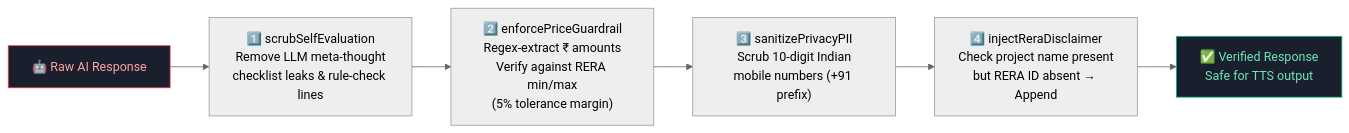
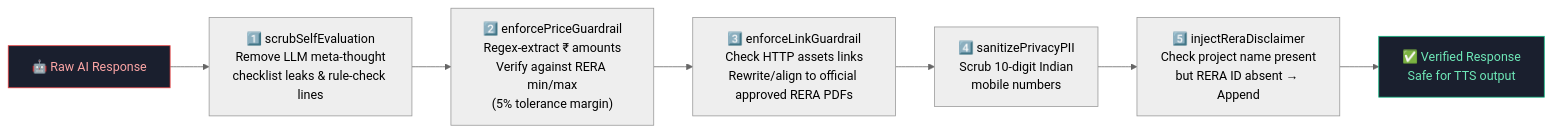
The eighth of 12 diagrams in README.md (iammohith/Voice-First-Aura-Real-Estate-Agent-V-FAREA), drawn with Mermaid (neutral theme) before and after one commit. The commit also changed other lines of this file, not shown here.

````diff
--- a/README.md
+++ b/README.md
@@ -466,11 +493,12 @@
 ```mermaid
 flowchart LR
     A["🤖 Raw AI Response"] --> B["1️⃣ scrubSelfEvaluation<br/>Remove LLM meta-thought<br/>checklist leaks & rule-check lines"]
     B --> C["2️⃣ enforcePriceGuardrail<br/>Regex-extract ₹ amounts<br/>Verify against RERA min/max<br/>(5% tolerance margin)"]
-    C --> D["3️⃣ sanitizePrivacyPII<br/>Scrub 10-digit Indian<br/>mobile numbers (+91 prefix)"]
-    D --> E["4️⃣ injectReraDisclaimer<br/>Check project name present<br/>but RERA ID absent → Append"]
-    E --> F["✅ Verified Response<br/>Safe for TTS output"]
+    C --> D["3️⃣ enforceLinkGuardrail<br/>Check HTTP assets links<br/>Rewrite/align to official approved RERA PDFs"]
+    D --> E["4️⃣ sanitizePrivacyPII<br/>Scrub 10-digit Indian<br/>mobile numbers"]
+    E --> F["5️⃣ injectReraDisclaimer<br/>Check project name present<br/>but RERA ID absent → Append"]
+    F --> G["✅ Verified Response<br/>Safe for TTS output"]
 
     style A fill:#1a1f2e,stroke:#ef4444,color:#fca5a5
-    style F fill:#1a1f2e,stroke:#10b981,color:#6ee7b7
+    style G fill:#1a1f2e,stroke:#10b981,color:#6ee7b7
 ```
````
